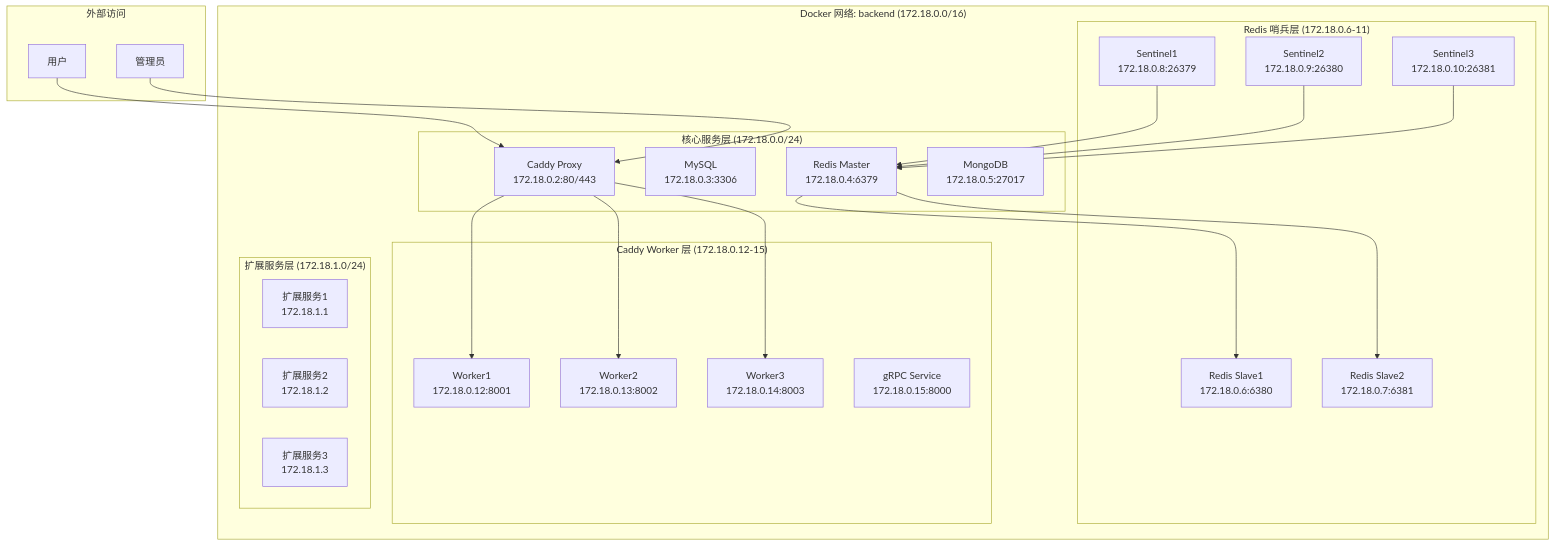
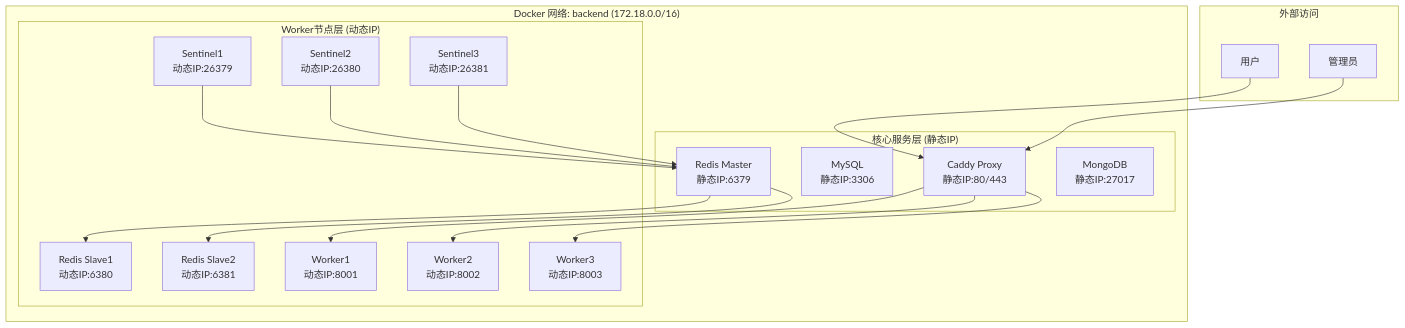
One commit to zhaopan/docker-caddy changed the diagram in README.md. Above: the diagram before and after it, drawn with Mermaid. The commit also changed other lines of this file, not shown here.

````diff
--- a/README.md
+++ b/README.md
@@ -212,49 +347,39 @@
 ```mermaid
 graph TB
     subgraph "Docker 网络: backend (172.18.0.0/16)"
-        subgraph "核心服务层 (172.18.0.0/24)"
-            PROXY[Caddy Proxy<br/>172.18.0.2:80/443]
-            MYSQL[MySQL<br/>172.18.0.3:3306]
-            REDIS[Redis Master<br/>172.18.0.4:6379]
-            MONGO[MongoDB<br/>172.18.0.5:27017]
+        subgraph "核心服务层 (静态IP)"
+            PROXY[Caddy Proxy<br/>静态IP:80/443]
+            MYSQL[MySQL<br/>静态IP:3306]
+            REDIS[Redis Master<br/>静态IP:6379]
+            MONGO[MongoDB<br/>静态IP:27017]
         end
-        
-        subgraph "Redis 哨兵层 (172.18.0.6-11)"
-            SLAVE1[Redis Slave1<br/>172.18.0.6:6380]
-            SLAVE2[Redis Slave2<br/>172.18.0.7:6381]
-            SENT1[Sentinel1<br/>172.18.0.8:26379]
-            SENT2[Sentinel2<br/>172.18.0.9:26380]
-            SENT3[Sentinel3<br/>172.18.0.10:26381]
-        end
-        
-        subgraph "Caddy Worker 层 (172.18.0.12-15)"
-            WORKER1[Worker1<br/>172.18.0.12:8001]
-            WORKER2[Worker2<br/>172.18.0.13:8002]
-            WORKER3[Worker3<br/>172.18.0.14:8003]
-            GRPC[gRPC Service<br/>172.18.0.15:8000]
-        end
-        
-        subgraph "扩展服务层 (172.18.1.0/24)"
-            EXT1[扩展服务1<br/>172.18.1.1]
-            EXT2[扩展服务2<br/>172.18.1.2]
-            EXT3[扩展服务3<br/>172.18.1.3]
+
+        subgraph "Worker节点层 (动态IP)"
+            SLAVE1[Redis Slave1<br/>动态IP:6380]
+            SLAVE2[Redis Slave2<br/>动态IP:6381]
+            SENT1[Sentinel1<br/>动态IP:26379]
+            SENT2[Sentinel2<br/>动态IP:26380]
+            SENT3[Sentinel3<br/>动态IP:26381]
+            WORKER1[Worker1<br/>动态IP:8001]
+            WORKER2[Worker2<br/>动态IP:8002]
+            WORKER3[Worker3<br/>动态IP:8003]
         end
     end
-    
+
     subgraph "外部访问"
         USER[用户]
         ADMIN[管理员]
     end
-    
+
     USER --> PROXY
     ADMIN --> PROXY
     PROXY --> WORKER1
     PROXY --> WORKER2
     PROXY --> WORKER3
-    
+
     REDIS --> SLAVE1
     REDIS --> SLAVE2
     SENT1 --> REDIS
     SENT2 --> REDIS
     SENT3 --> REDIS
 ```
````
